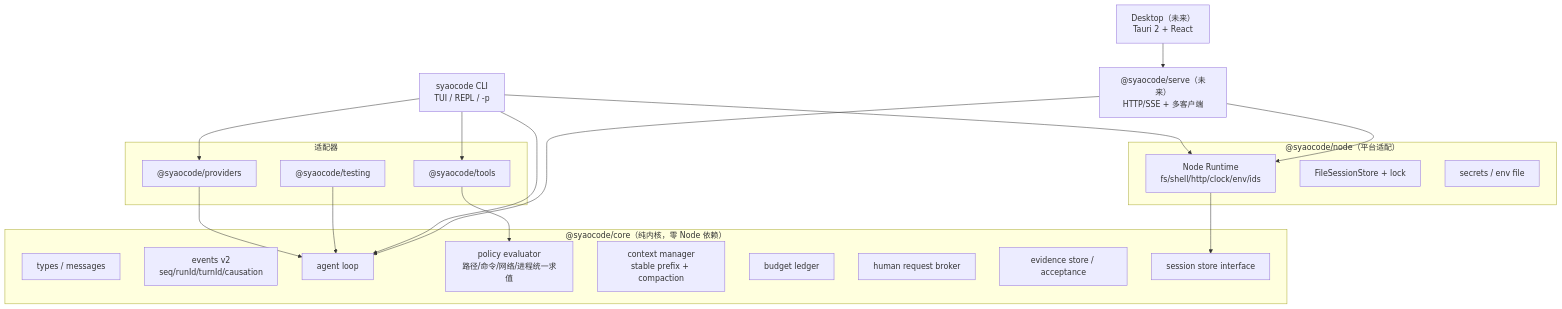
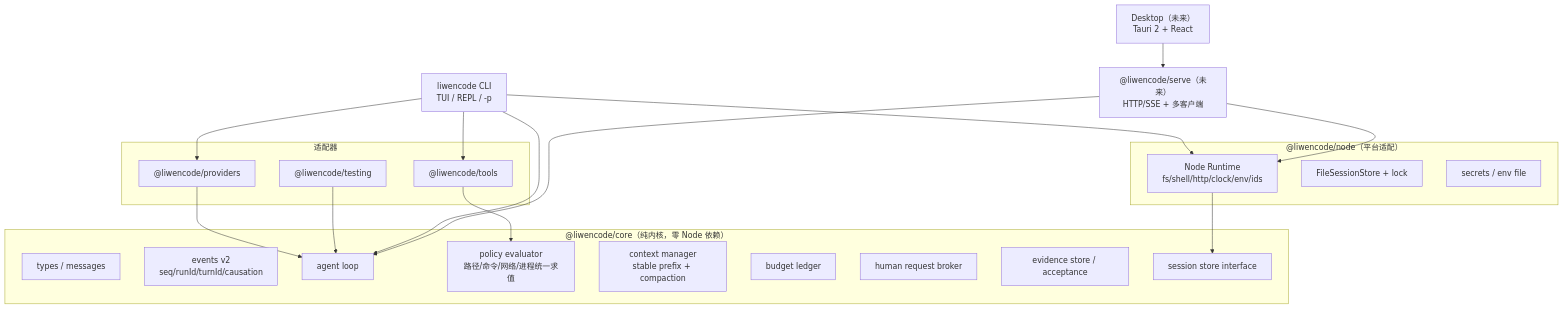
One commit to wenhuang2333/SYAOCode changed the fifth of 5 diagrams in 概览.md. Above: the diagram before and after it, drawn with Mermaid. The commit also changed other lines of this file and 323 other files, not shown here.

First line of the commit message:
Rename SYAOCode to LIWENCode and migrate legacy data directories

````diff
--- a/概览.md
+++ b/概览.md
@@ -961,38 +961,38 @@
 ```mermaid
 graph TD
-  subgraph pure["@syaocode/core（纯内核，零 Node 依赖）"]
+  subgraph pure["@liwencode/core（纯内核，零 Node 依赖）"]
     T["types / messages"]
     E["events v2\nseq/runId/turnId/causation"]
     L["agent loop"]
     P["policy evaluator\n路径/命令/网络/进程统一求值"]
     C["context manager\nstable prefix + compaction"]
     B["budget ledger"]
     H["human request broker"]
     V["evidence store / acceptance"]
     S["session store interface"]
   end
-  subgraph node["@syaocode/node（平台适配）"]
+  subgraph node["@liwencode/node（平台适配）"]
     R["Node Runtime\nfs/shell/http/clock/env/ids"]
     FS["FileSessionStore + lock"]
     SEC["secrets / env file"]
   end
   subgraph adapters["适配器"]
-    PR["@syaocode/providers"]
-    TL["@syaocode/tools"]
-    TS["@syaocode/testing"]
+    PR["@liwencode/providers"]
+    TL["@liwencode/tools"]
+    TS["@liwencode/testing"]
   end
-  CLI["syaocode CLI\nTUI / REPL / -p"]
-  SRV["@syaocode/serve（未来）\nHTTP/SSE + 多客户端"]
+  CLI["liwencode CLI\nTUI / REPL / -p"]
+  SRV["@liwencode/serve（未来）\nHTTP/SSE + 多客户端"]
   DESK["Desktop（未来）\nTauri 2 + React"]
   PR --> L
   TL --> P
   TS --> L
   R --> S
   CLI --> L
   CLI --> PR
   CLI --> TL
   CLI --> R
   SRV --> L
   SRV --> R
   DESK --> SRV
 ```
````
